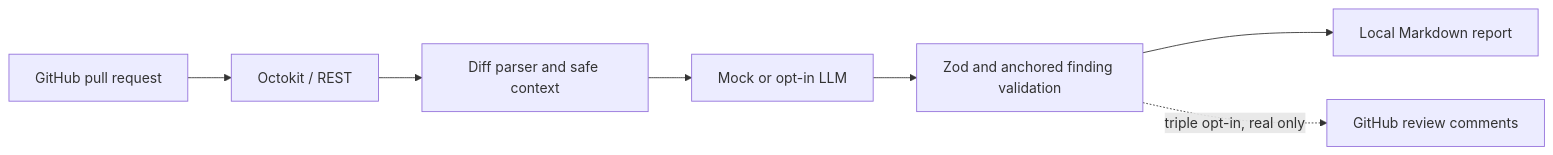
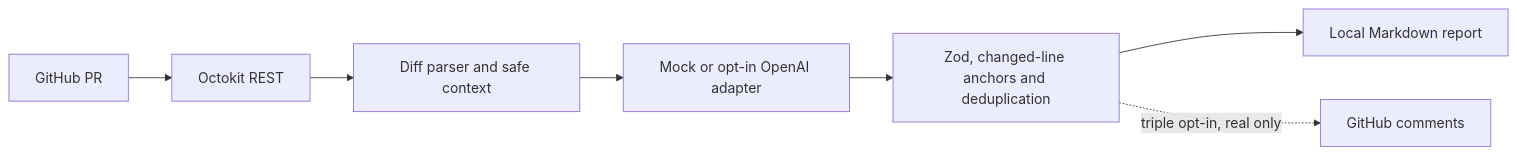
Before and after one commit to RamonRDR/ai-pull-request-reviewer: the diagram in README.md, drawn with Mermaid. The commit also changed other lines of this file and 5 other files, not shown here.

````diff
--- a/README.md
+++ b/README.md
@@ -31,9 +60,9 @@
-```mermaid
+~~~mermaid
 flowchart LR
-  PR[GitHub pull request] --> API[Octokit / REST]
+  PR[GitHub PR] --> API[Octokit REST]
   API --> DIFF[Diff parser and safe context]
-  DIFF --> PROVIDER[Mock or opt-in LLM]
-  PROVIDER --> GATE[Zod and anchored finding validation]
-  GATE --> REPORT[Local Markdown report]
-  GATE -. triple opt-in, real only .-> COMMENTS[GitHub review comments]
-```
+  DIFF --> LLM[Mock or opt-in OpenAI adapter]
+  LLM --> VALIDATE[Zod, changed-line anchors and deduplication]
+  VALIDATE --> REPORT[Local Markdown report]
+  VALIDATE -. triple opt-in, real only .-> COMMENTS[GitHub comments]
+~~~
````
